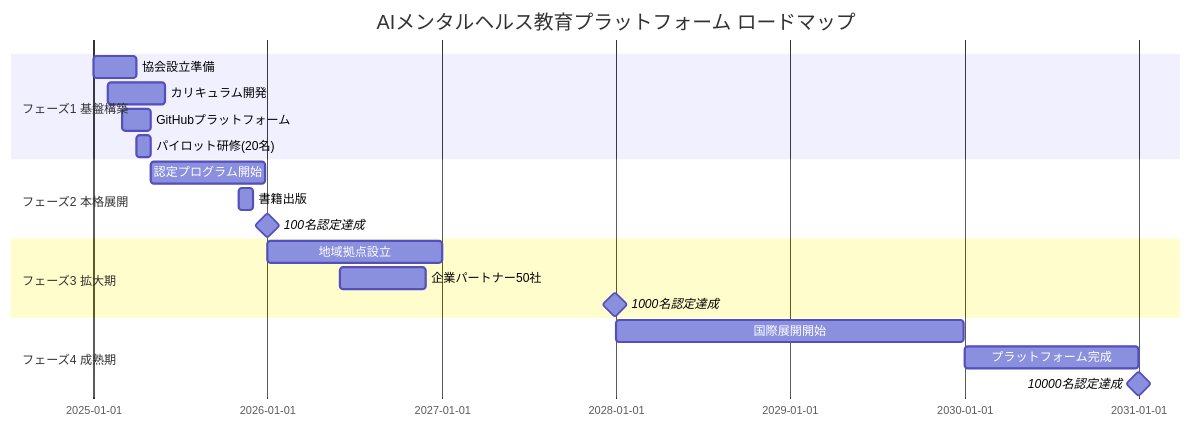
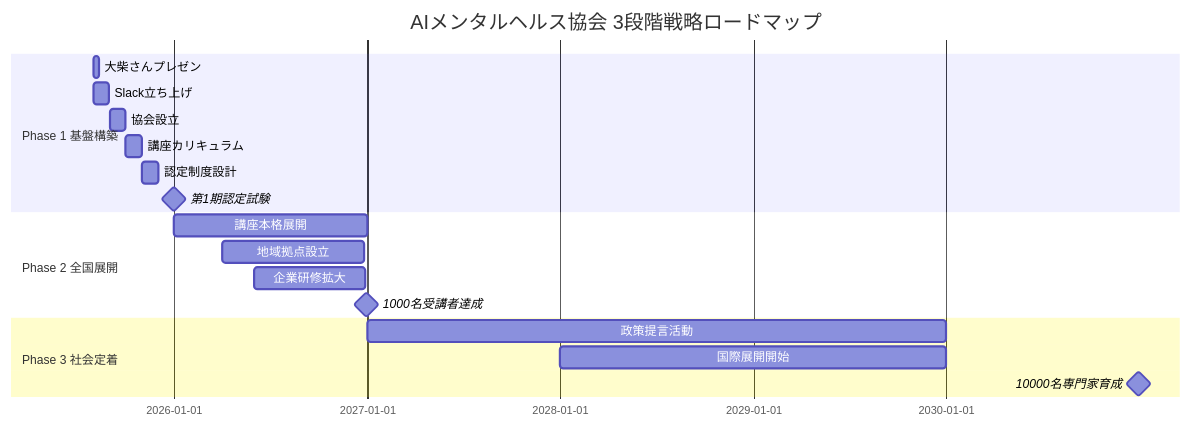
Before and after one commit to masudamasuda/AI_Mental_Self_Care: the third of 6 diagrams in AI-mental-health-integration-master.md, drawn with Mermaid. The commit also changed other lines of this file, not shown here.

````diff
--- a/AI-mental-health-integration-master.md
+++ b/AI-mental-health-integration-master.md
@@ -915,25 +977,23 @@
 ```mermaid
 gantt
-    title AIメンタルヘルス教育プラットフォーム ロードマップ
+    title AIメンタルヘルス協会 3段階戦略ロードマップ
     dateFormat  YYYY-MM-DD
-    section フェーズ1 基盤構築
-    協会設立準備          :2025-01-01, 90d
-    カリキュラム開発      :2025-02-01, 120d
-    GitHubプラットフォーム :2025-03-01, 60d
-    パイロット研修(20名)  :2025-04-01, 30d
+    section Phase 1 基盤構築
+    大柴さんプレゼン       :2025-08-01, 10d
+    Slack立ち上げ         :2025-08-01, 30d
+    協会設立             :2025-09-01, 30d
+    講座カリキュラム      :2025-10-01, 30d
+    認定制度設計          :2025-11-01, 30d
+    第1期認定試験         :milestone, 2025-12-31, 0d
     
-    section フェーズ2 本格展開
-    認定プログラム開始    :2025-05-01, 240d
-    書籍出版              :2025-11-01, 30d
-    100名認定達成         :milestone, 2025-12-31, 0d
+    section Phase 2 全国展開
+    講座本格展開          :2026-01-01, 365d
+    地域拠点設立          :2026-04-01, 270d
+    企業研修拡大          :2026-06-01, 210d
+    1000名受講者達成      :milestone, 2026-12-31, 0d
     
-    section フェーズ3 拡大期
-    地域拠点設立          :2026-01-01, 365d
-    企業パートナー50社    :2026-06-01, 180d
-    1000名認定達成        :milestone, 2027-12-31, 0d
-    
-    section フェーズ4 成熟期
+    section Phase 3 社会定着
+    政策提言活動          :2027-01-01, 1095d
     国際展開開始          :2028-01-01, 730d
-    プラットフォーム完成  :2030-01-01, 365d
-    10000名認定達成       :milestone, 2030-12-31, 0d
+    10000名専門家育成     :milestone, 2030-12-31, 0d
 ```
````
